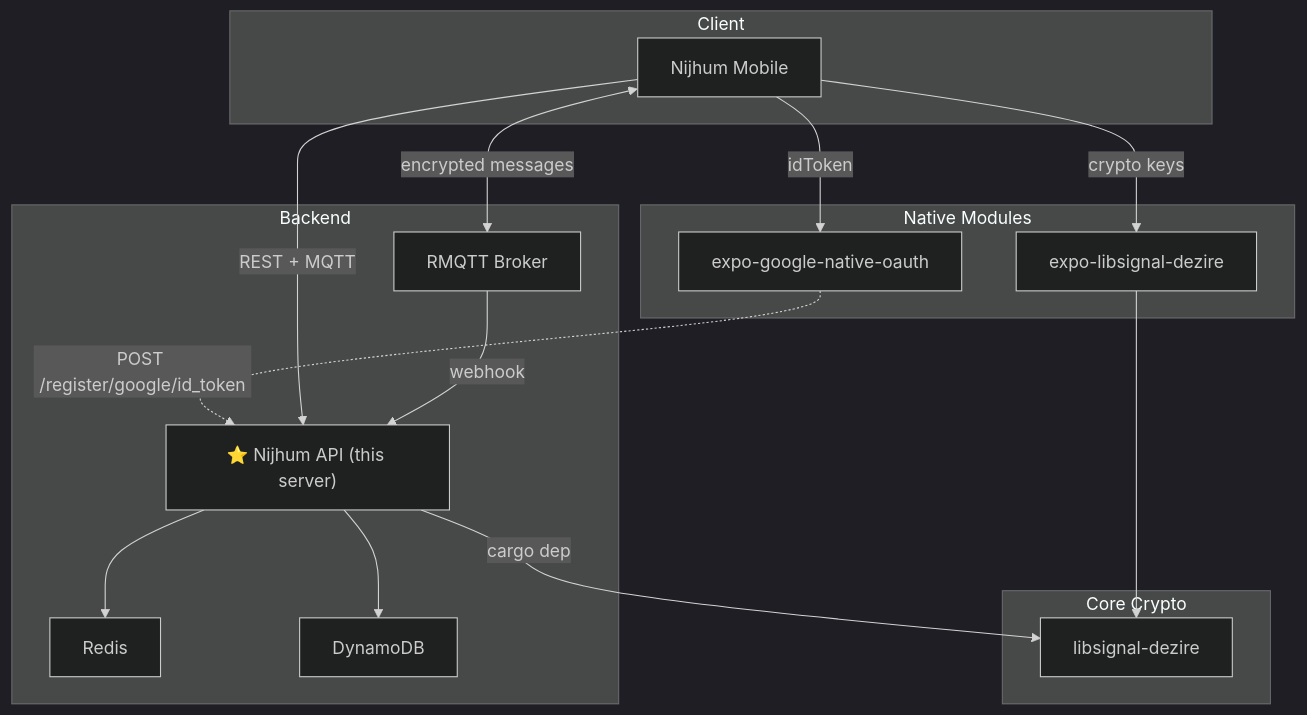
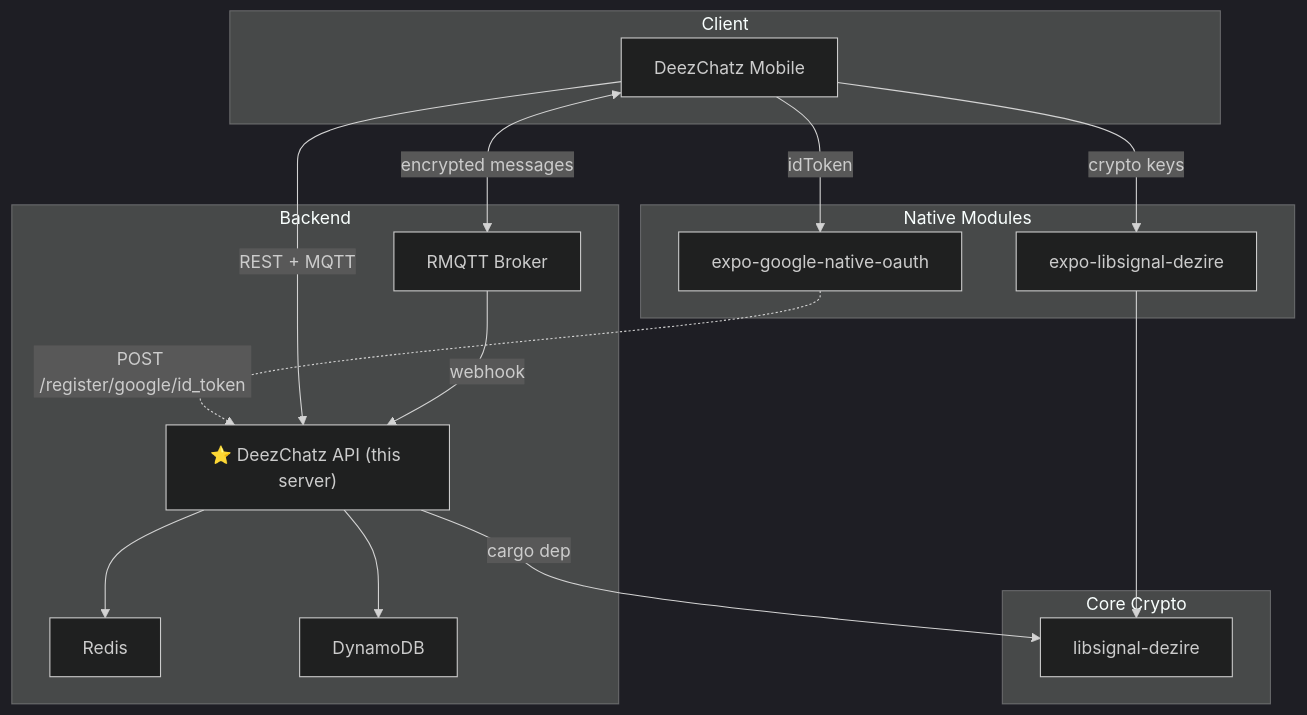
The diagram in README.md (debarkamondal/khamoshchat-api), drawn with Mermaid (dark theme) before and after one commit. The commit also changed other lines of this file and 11 other files, not shown here.

````diff
--- a/README.md
+++ b/README.md
@@ -11,33 +11,33 @@
 ```mermaid
 graph TD
     subgraph "Client"
-        MOBILE["Nijhum Mobile"]
+        MOBILE["DeezChatz Mobile"]
     end
 
     subgraph "Native Modules"
         OAUTH["expo-google-native-oauth"]
         CRYPTO["expo-libsignal-dezire"]
     end
 
     subgraph "Backend"
-        API["⭐ Nijhum API (this server)"]
+        API["⭐ DeezChatz API (this server)"]
         REDIS["Redis"]
         RMQTT["RMQTT Broker"]
         DYNAMO["DynamoDB"]
     end
 
     subgraph "Core Crypto"
         LIB["libsignal-dezire"]
     end
 
     MOBILE -->|"idToken"| OAUTH
     OAUTH -.->|"POST /register/google/id_token"| API
     MOBILE -->|"crypto keys"| CRYPTO
     CRYPTO --> LIB
     MOBILE -->|"REST + MQTT"| API
     API --> REDIS
     API --> DYNAMO
     API -->|"cargo dep"| LIB
     RMQTT -->|"webhook"| API
     MOBILE <-->|"encrypted messages"| RMQTT
 ```
````
